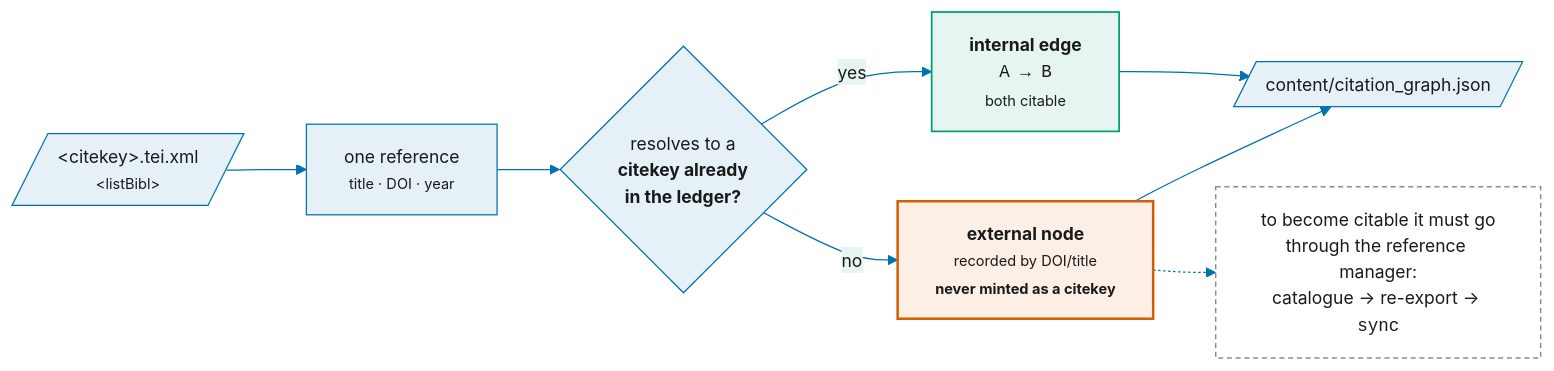
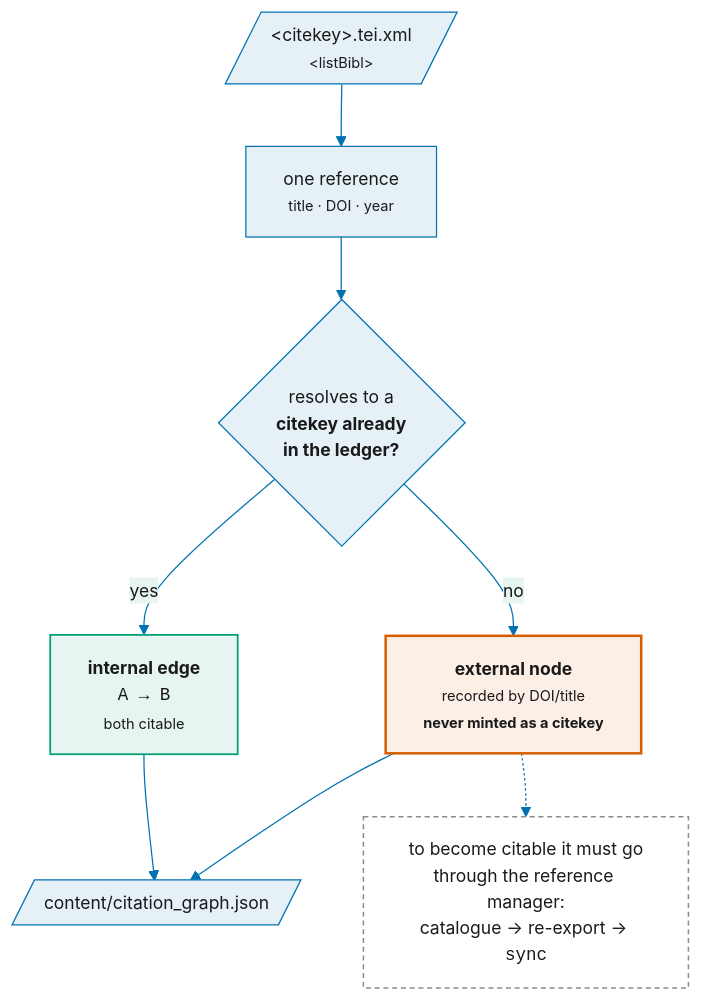
One commit to prasadtalasila/chitragupta changed the second of 2 diagrams in docs/GROBID-CITATION-GRAPH.md. Above: the diagram before and after it, drawn with Mermaid. The commit also changed 145 other files, not shown here.

````diff
--- a/docs/GROBID-CITATION-GRAPH.md
+++ b/docs/GROBID-CITATION-GRAPH.md
@@ -208,34 +208,34 @@
 ```mermaid
 %%{init: {
   "theme": "base",
   "themeVariables": {
     "fontSize": "14px",
     "primaryColor": "#E6F1F7",
     "primaryBorderColor": "#0072B2",
     "primaryTextColor": "#1A1A1A",
     "lineColor": "#0072B2",
     "secondaryColor": "#E6F5F1",
     "secondaryBorderColor": "#009E73",
     "tertiaryColor": "#FBEFE6",
     "tertiaryBorderColor": "#D55E00"
   }
 }}%%
-flowchart LR
+flowchart TB
   TEI[/"&lt;citekey&gt;.tei.xml<br/><small>&lt;listBibl&gt;</small>"/] --> REF["one reference<br/><small>title · DOI · year</small>"]
   REF --> Q{"resolves to a<br/><b>citekey already<br/>in the ledger?</b>"}
   Q -- yes --> IN["<b>internal edge</b><br/><code>A → B</code><br/><small>both citable</small>"]
   Q -- no --> OUT["<b>external node</b><br/><small>recorded by DOI/title<br/><b>never minted as a citekey</b></small>"]
   IN --> J[/"content/citation_graph.json"/]
   OUT --> J
   OUT -.-> NOTE["to become citable it must go<br/>through the reference manager:<br/>catalogue → re-export → <code>sync</code>"]
 
   class IN alt
   class OUT key
   class NOTE absent
 
   %% house roles: generated by scripts/render_diagrams.py --sync
   classDef flow fill:#E6F1F7,stroke:#0072B2,stroke-width:1.4px,color:#1A1A1A
   classDef alt fill:#E6F5F1,stroke:#009E73,stroke-width:1.4px,color:#1A1A1A
   classDef key fill:#FBEFE6,stroke:#D55E00,stroke-width:2px,color:#1A1A1A
   classDef absent fill:#FFFFFF,stroke:#8C8C8C,stroke-width:1.2px,stroke-dasharray:4 3,color:#1A1A1A
 ```
````
